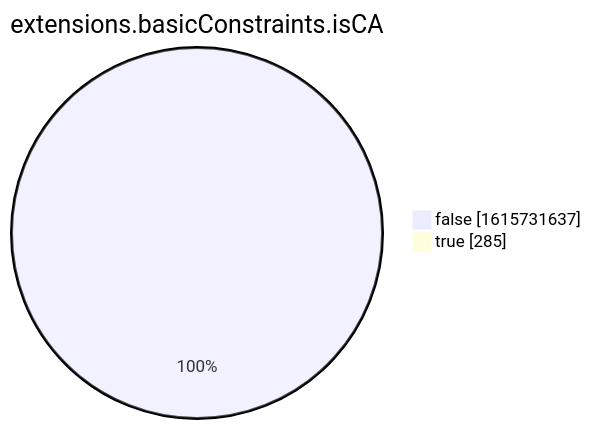
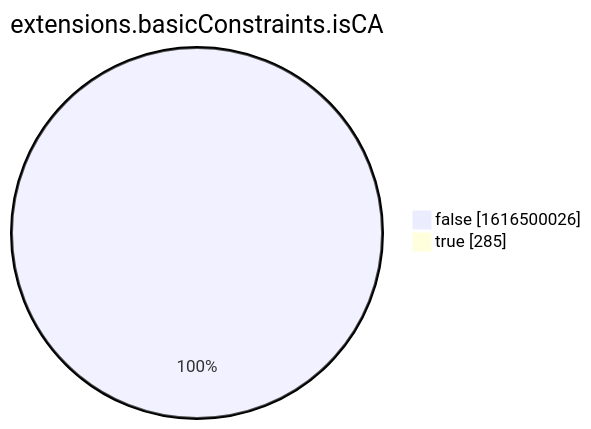
Before and after one commit to christiankrug/ctmonitor_visualization: the eighth of 15 diagrams in xenon2022/README.md, drawn with Mermaid. The commit also changed other lines of this file, not shown here.

````diff
--- a/xenon2022/README.md
+++ b/xenon2022/README.md
@@ -2863,6 +2863,6 @@
 ```mermaid
 pie showData
 title extensions.basicConstraints.isCA
-"false" :1615731637
+"false" :1616500026
 "true" :285
 ```
````
